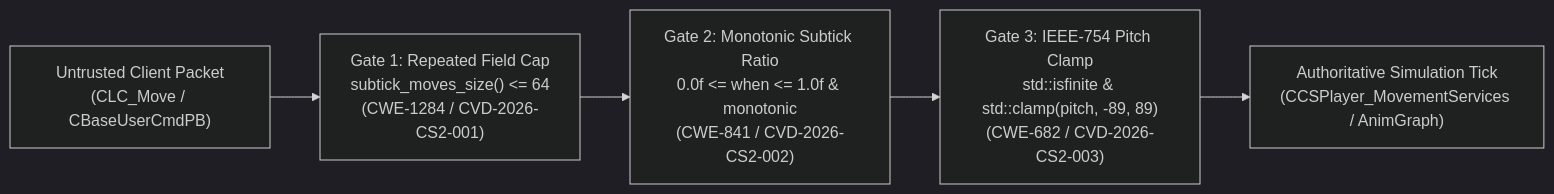
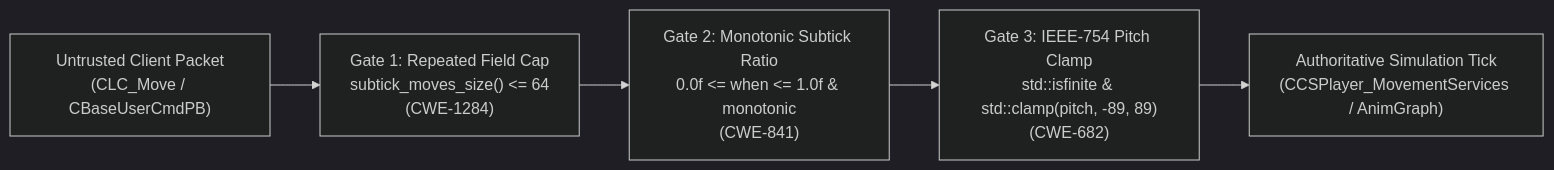
The diagram in AUDIT_PREP.md (ccsimplyspolit/cs-telemetry-internals), drawn with Mermaid (dark theme) before and after one commit. The commit also changed other lines of this file and 11 other files, not shown here.

````diff
--- a/AUDIT_PREP.md
+++ b/AUDIT_PREP.md
@@ -41,7 +42,7 @@
 ```mermaid
 flowchart LR
-    A["Untrusted Client Packet\n(CLC_Move / CBaseUserCmdPB)"] --> B["Gate 1: Repeated Field Cap\nsubtick_moves_size() <= 64\n(CWE-1284 / CVD-2026-CS2-001)"]
-    B --> C["Gate 2: Monotonic Subtick Ratio\n0.0f <= when <= 1.0f & monotonic\n(CWE-841 / CVD-2026-CS2-002)"]
-    C --> D["Gate 3: IEEE-754 Pitch Clamp\nstd::isfinite & std::clamp(pitch, -89, 89)\n(CWE-682 / CVD-2026-CS2-003)"]
+    A["Untrusted Client Packet\n(CLC_Move / CBaseUserCmdPB)"] --> B["Gate 1: Repeated Field Cap\nsubtick_moves_size() <= 64\n(CWE-1284)"]
+    B --> C["Gate 2: Monotonic Subtick Ratio\n0.0f <= when <= 1.0f & monotonic\n(CWE-841)"]
+    C --> D["Gate 3: IEEE-754 Pitch Clamp\nstd::isfinite & std::clamp(pitch, -89, 89)\n(CWE-682)"]
     D --> E["Authoritative Simulation Tick\n(CCSPlayer_MovementServices / AnimGraph)"]
 ```
````
